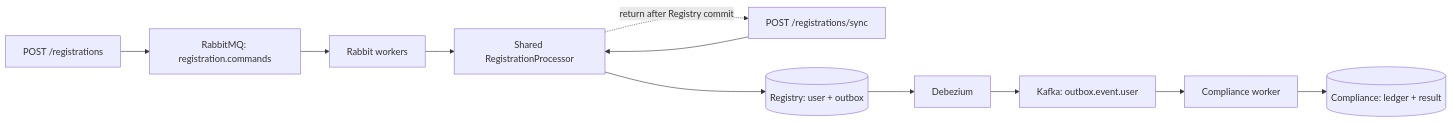
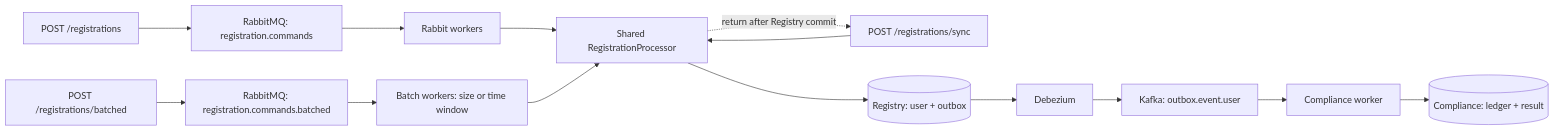
Before and after one commit to egebhaskaya/ing-registry-case: the diagram in docs/architecture.md, drawn with Mermaid. The commit also changed other lines of this file and 32 other files, not shown here.

````diff
--- a/docs/architecture.md
+++ b/docs/architecture.md
@@ -5,13 +5,16 @@
 ```mermaid
 flowchart LR
     A[POST /registrations] --> Q[RabbitMQ: registration.commands]
     Q --> W[Rabbit workers]
     W --> P[Shared RegistrationProcessor]
+    B[POST /registrations/batched] --> BQ[RabbitMQ: registration.commands.batched]
+    BQ --> BW[Batch workers: size or time window]
+    BW --> P
     S[POST /registrations/sync] --> P
     P --> D[(Registry: user + outbox)]
     D --> CDC[Debezium]
     CDC --> K[Kafka: outbox.event.user]
     K --> C[Compliance worker]
     C --> R[(Compliance: ledger + result)]
     P -. return after Registry commit .-> S
 ```
````
